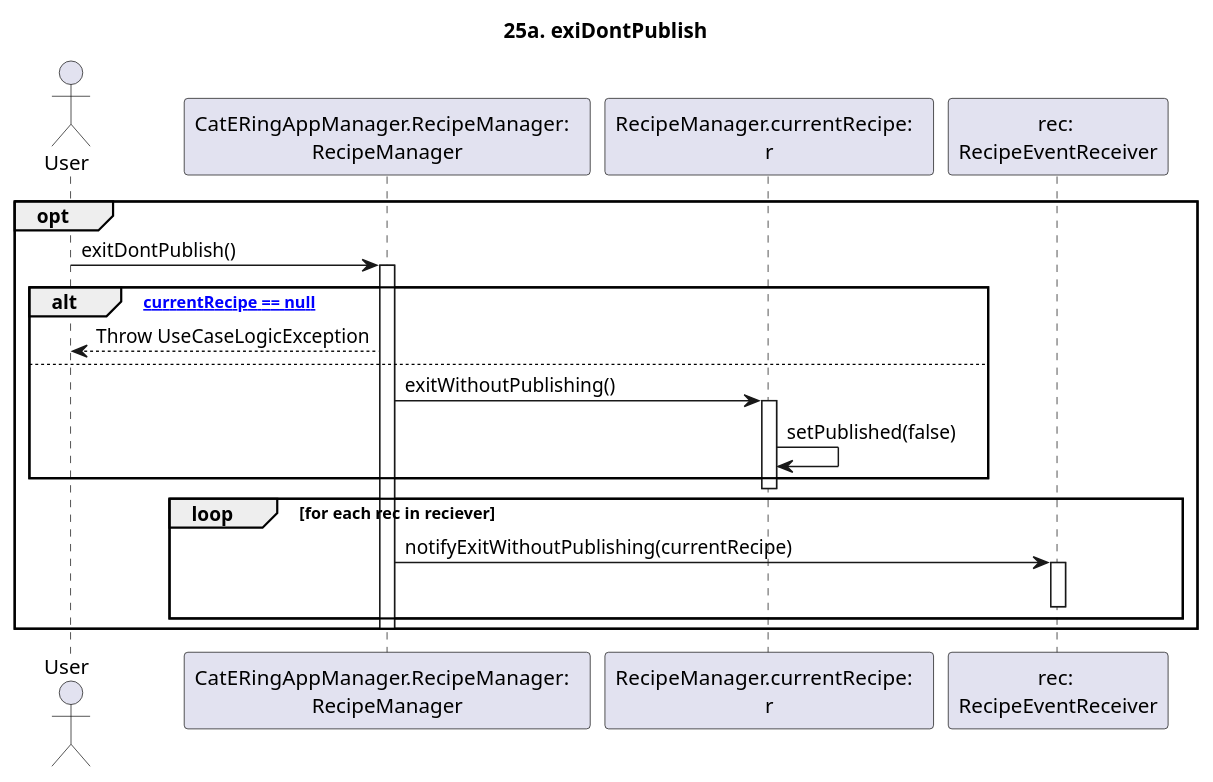
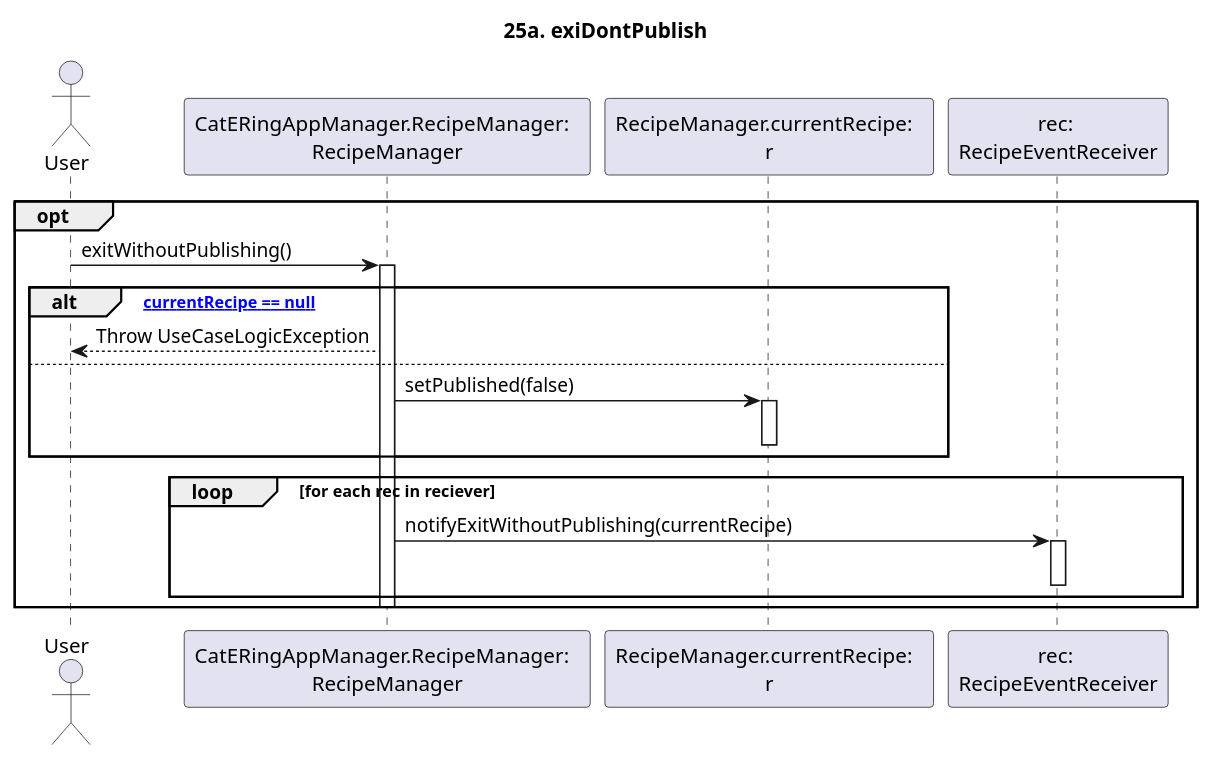
The diagram in dsd/dsd-ricette/estensioni/926b-exitNotPublishing.md (m0canu1/sas), drawn with PlantUML before and after one commit. The commit also changed 14 other files, not shown here.

````diff
--- a/dsd/dsd-ricette/estensioni/926b-exitNotPublishing.md
+++ b/dsd/dsd-ricette/estensioni/926b-exitNotPublishing.md
@@ -1,29 +1,29 @@
 ```plantuml
 
 title: 25a. exiDontPublish
 
 Actor User
 Participant "CatERingAppManager.RecipeManager:  \nRecipeManager" as RM
 Participant "RecipeManager.currentRecipe:  \nr" as CR
 Participant "rec: \nRecipeEventReceiver" as RER
 
 opt
-	User -> RM: exitDontPublish()
+	User -> RM: exitWithoutPublishing()
 	Activate RM
 	alt ["currentRecipe == null"]
 		RM --> User: Throw UseCaseLogicException
 	else
-		RM -> CR: exitWithoutPublishing()
+		RM -> CR: setPublished(false)
 		Activate CR
-		CR -> CR: setPublished(false)
+        Deactivate CR
 	end
-	Deactivate CR
+
 	loop for each rec in reciever
 		RM -> RER: notifyExitWithoutPublishing(currentRecipe)
 		activate RER
 		deactivate RER
 	end
 	Deactivate RM
 end
 
 ```
````
